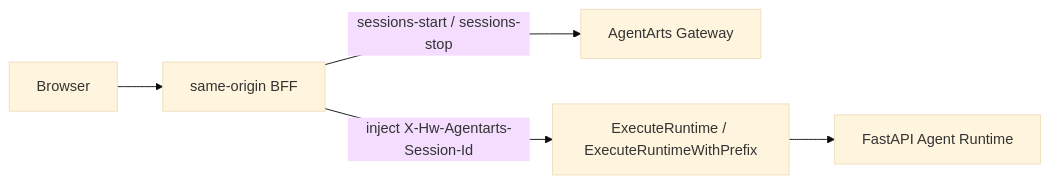
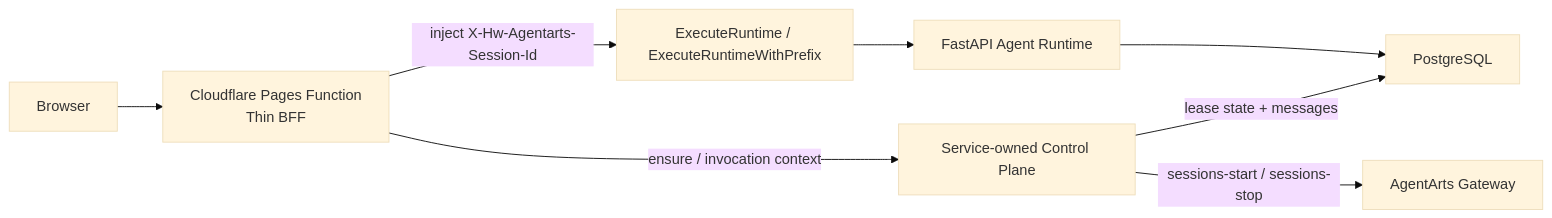
Before and after one commit to T-1009/personal-assistant: the diagram in personal-assistant-meta/issues/features/feature-14-multi-session-runtime-prewarm/spike.md, drawn with Mermaid (base theme). The commit also changed other lines of this file and 2 other files, not shown here.

First line of the commit message:
docs: refactor feature-14 architecture to introduce Service-owned Control Plane and Thin BFF boundaries

````diff
--- a/personal-assistant-meta/issues/features/feature-14-multi-session-runtime-prewarm/spike.md
+++ b/personal-assistant-meta/issues/features/feature-14-multi-session-runtime-prewarm/spike.md
@@ -137,7 +141,10 @@
 ```mermaid
 flowchart LR
-    Browser["Browser"] --> BFF["same-origin BFF"]
-    BFF -->|"sessions-start / sessions-stop"| Gateway["AgentArts Gateway"]
+    Browser["Browser"] --> BFF["Cloudflare Pages Function<br/>Thin BFF"]
+    BFF -->|"ensure / invocation context"| CP["Service-owned Control Plane"]
+    CP -->|"lease state + messages"| DB["PostgreSQL"]
+    CP -->|"sessions-start / sessions-stop"| Gateway["AgentArts Gateway"]
     BFF -->|"inject X-Hw-Agentarts-Session-Id"| Runtime["ExecuteRuntime / ExecuteRuntimeWithPrefix"]
     Runtime --> FastAPI["FastAPI Agent Runtime"]
+    FastAPI --> DB
 ```
````
